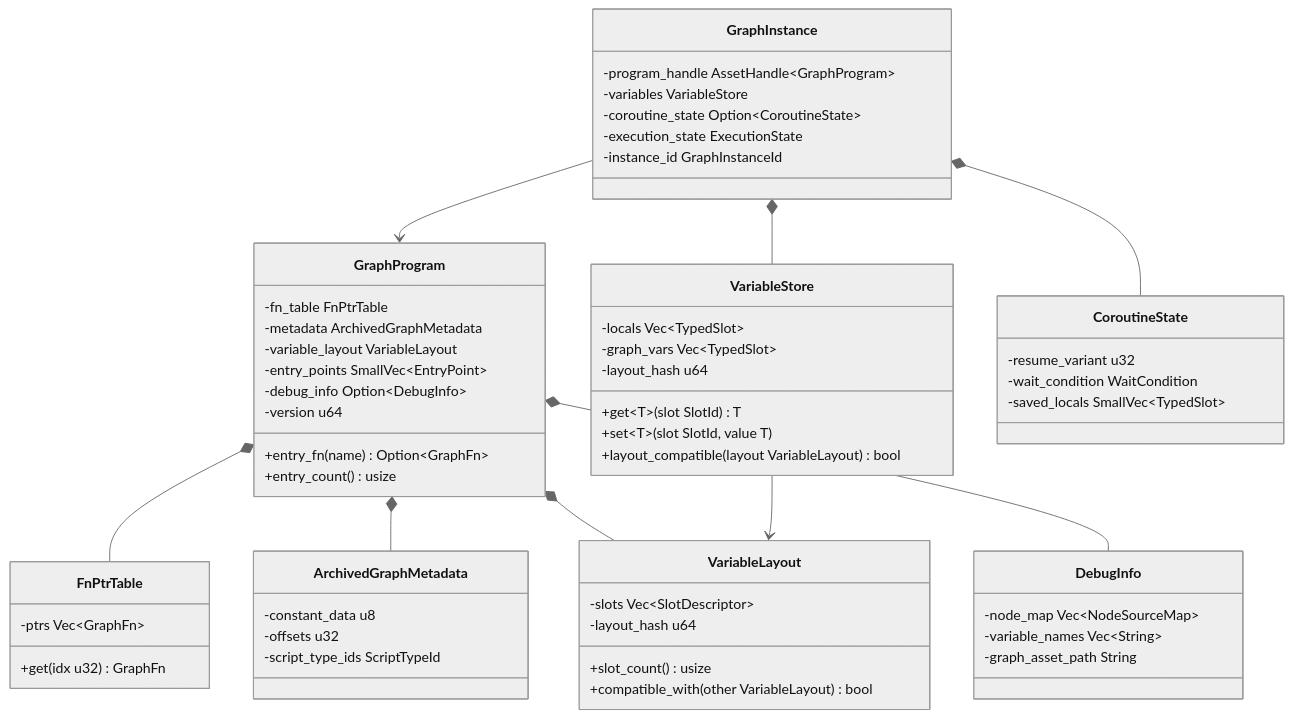
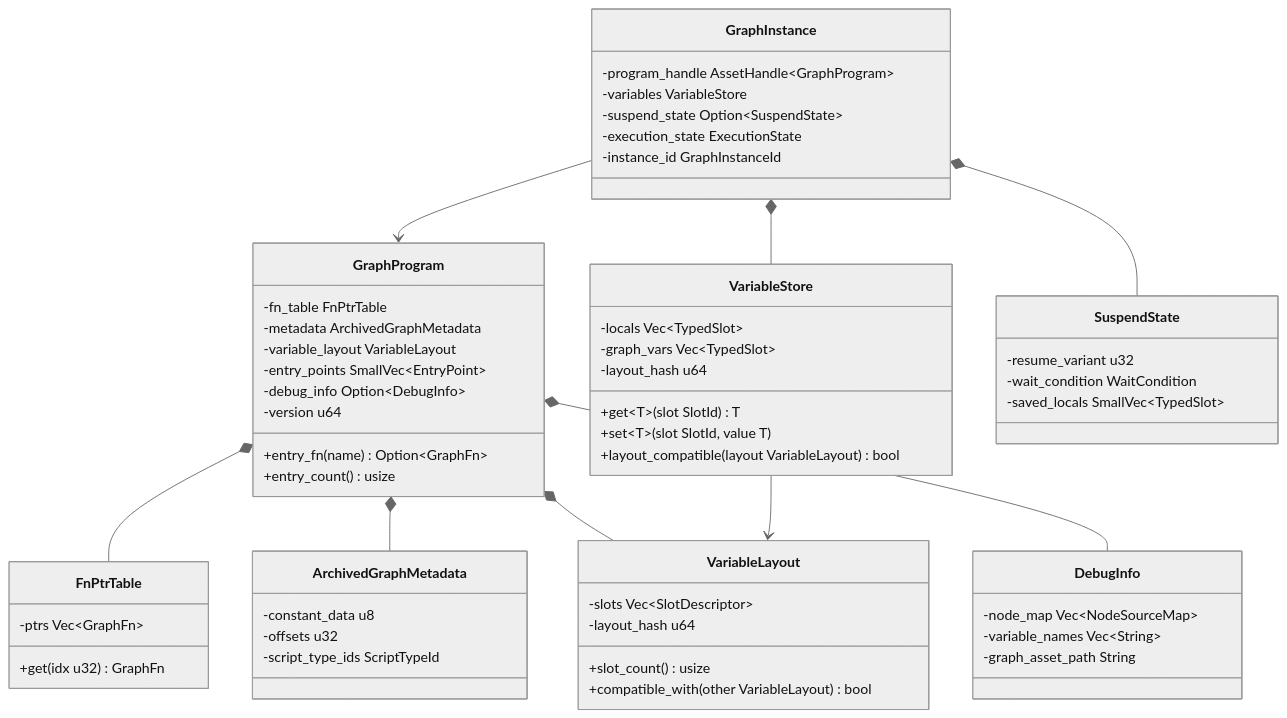
Before and after one commit to harmonius-dev/harmonius: the fourth of 8 diagrams in docs/design/game-framework/scripting.md, drawn with Mermaid (neutral theme). The commit also changed other lines of this file and 6 other files, not shown here.

````diff
--- a/docs/design/game-framework/scripting.md
+++ b/docs/design/game-framework/scripting.md
@@ -242,69 +251,69 @@
 ```mermaid
 classDiagram
     class GraphProgram {
         -fn_table FnPtrTable
         -metadata ArchivedGraphMetadata
         -variable_layout VariableLayout
         -entry_points SmallVec~EntryPoint~
         -debug_info Option~DebugInfo~
         -version u64
         +entry_fn(name) Option~GraphFn~
         +entry_count() usize
     }
 
     class FnPtrTable {
         -ptrs Vec~GraphFn~
         +get(idx u32) GraphFn
     }
 
     class GraphInstance {
         -program_handle AssetHandle~GraphProgram~
         -variables VariableStore
-        -coroutine_state Option~CoroutineState~
+        -suspend_state Option~SuspendState~
         -execution_state ExecutionState
         -instance_id GraphInstanceId
     }
 
     class VariableStore {
         -locals Vec~TypedSlot~
         -graph_vars Vec~TypedSlot~
         -layout_hash u64
         +get~T~(slot SlotId) T
         +set~T~(slot SlotId, value T)
         +layout_compatible(layout VariableLayout) bool
     }
 
-    class CoroutineState {
+    class SuspendState {
         -resume_variant u32
         -wait_condition WaitCondition
         -saved_locals SmallVec~TypedSlot~
     }
 
     class ArchivedGraphMetadata {
         -constant_data u8
         -offsets u32
         -script_type_ids ScriptTypeId
     }
 
     class VariableLayout {
         -slots Vec~SlotDescriptor~
         -layout_hash u64
         +slot_count() usize
         +compatible_with(other VariableLayout) bool
     }
 
     class DebugInfo {
         -node_map Vec~NodeSourceMap~
         -variable_names Vec~String~
         -graph_asset_path String
     }
 
     GraphInstance --> GraphProgram
     GraphInstance *-- VariableStore
-    GraphInstance *-- CoroutineState
+    GraphInstance *-- SuspendState
     GraphProgram *-- FnPtrTable
     GraphProgram *-- ArchivedGraphMetadata
     GraphProgram *-- VariableLayout
     GraphProgram *-- DebugInfo
     VariableStore --> VariableLayout
 ```
````
